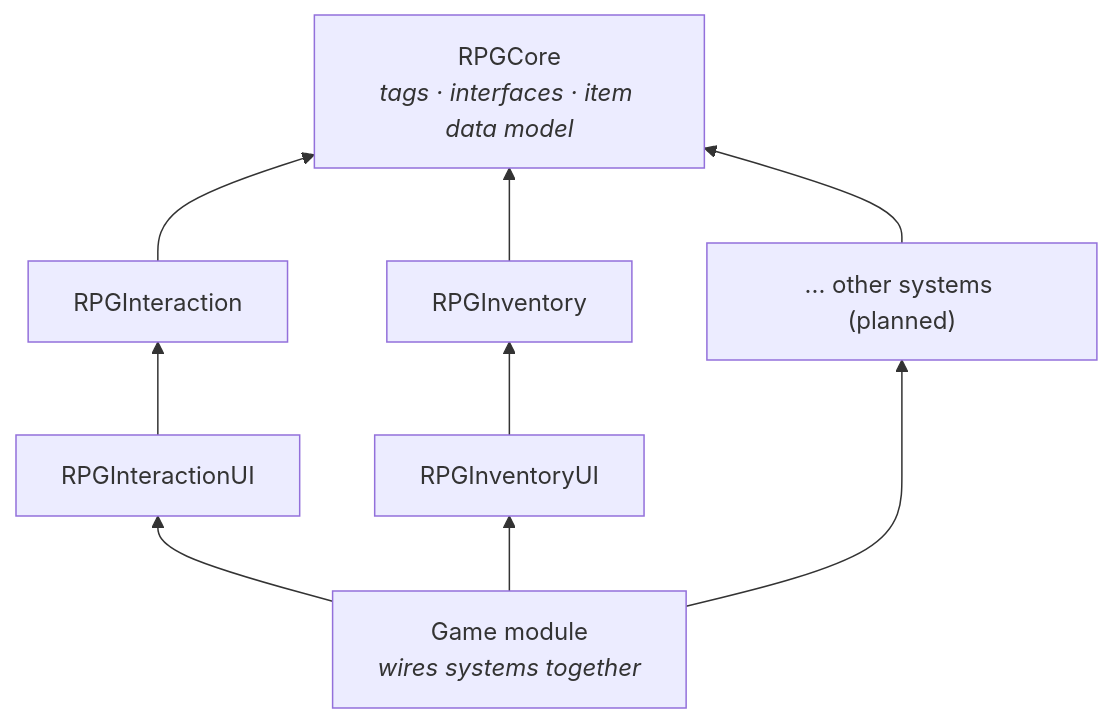
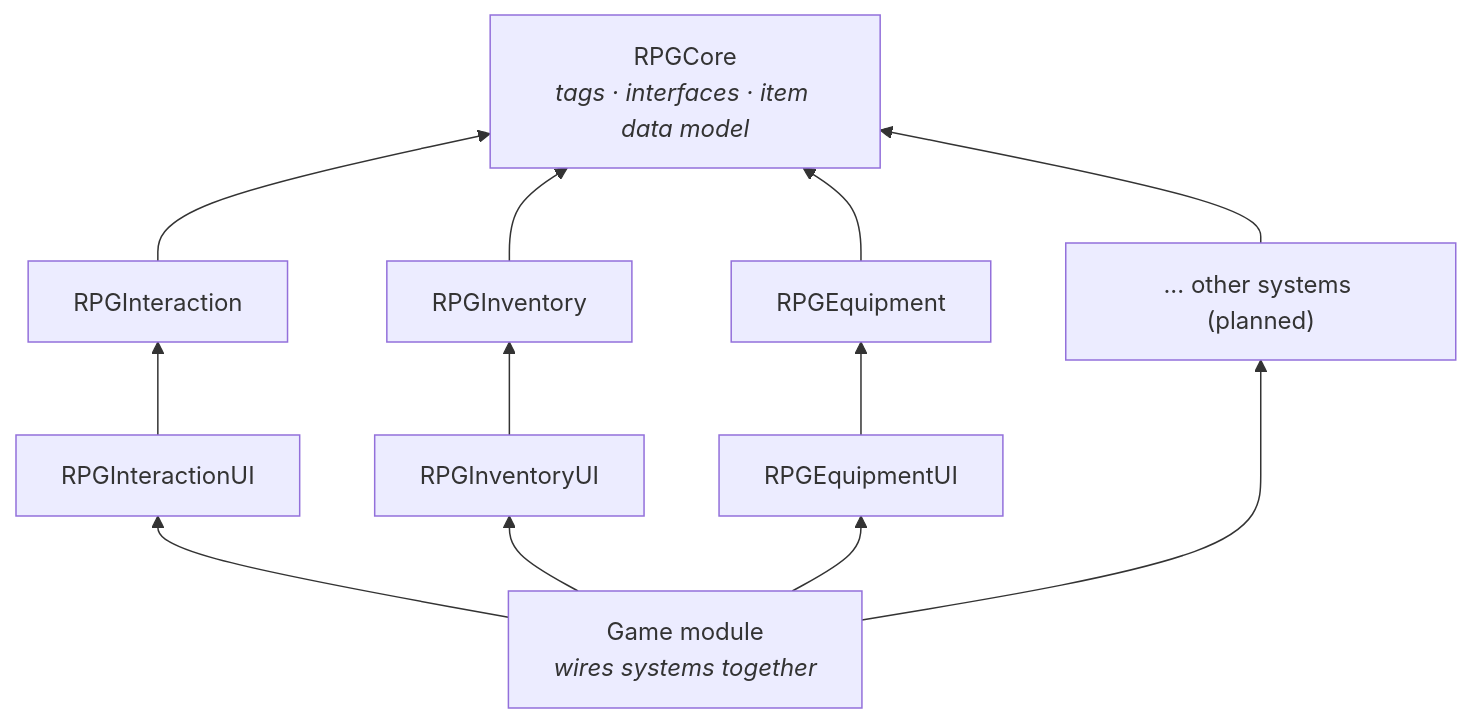
The first of 2 diagrams in README.md (eren-pekdemir/RPGTemplate), drawn with Mermaid before and after one commit. The commit also changed other lines of this file and 2 other files, not shown here.

Commit message:
Docs: Equipment system documentation, README and Inventory updates

````diff
--- a/README.md
+++ b/README.md
@@ -34,19 +34,24 @@
 ```mermaid
 graph BT
     Core["RPGCore<br/><i>tags · interfaces · item data model</i>"]
     Interaction["RPGInteraction"]
     InteractionUI["RPGInteractionUI"]
     Inventory["RPGInventory"]
     InventoryUI["RPGInventoryUI"]
+    Equipment["RPGEquipment"]
+    EquipmentUI["RPGEquipmentUI"]
     Other["... other systems (planned)"]
     Game["Game module<br/><i>wires systems together</i>"]
 
     Interaction --> Core
     InteractionUI --> Interaction
     Inventory --> Core
     InventoryUI --> Inventory
+    Equipment --> Core
+    EquipmentUI --> Equipment
     Other --> Core
     Game --> InteractionUI
     Game --> InventoryUI
+    Game --> EquipmentUI
     Game --> Other
 ```
````
